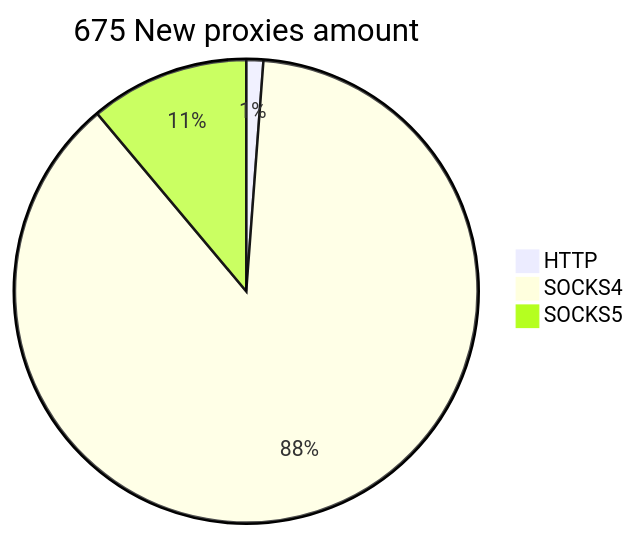
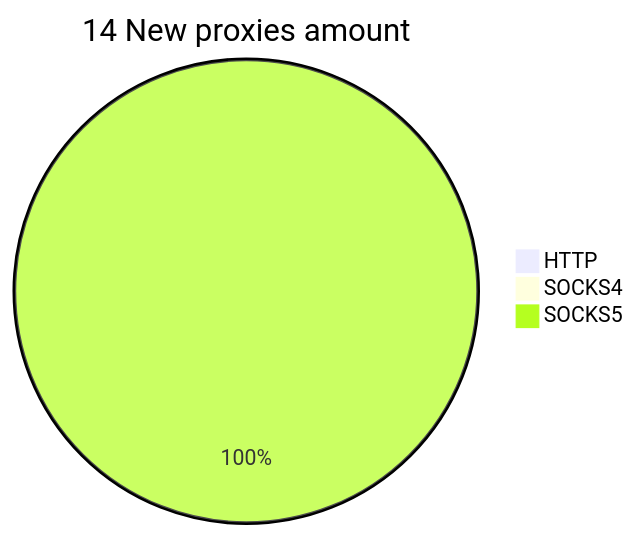
One commit to cutipu/proxylist changed the second of 2 diagrams in README.md. Above: the diagram before and after it, drawn with Mermaid. The commit also changed other lines of this file, not shown here.

````diff
--- a/README.md
+++ b/README.md
@@ -10,6 +10,6 @@
 ```mermaid
-pie title 675 New proxies amount
-    "HTTP" : 8
-    "SOCKS4" : 592
-    "SOCKS5" : 75
+pie title 14 New proxies amount
+    "HTTP" : 0
+    "SOCKS4" : 0
+    "SOCKS5" : 15
 ```
````
